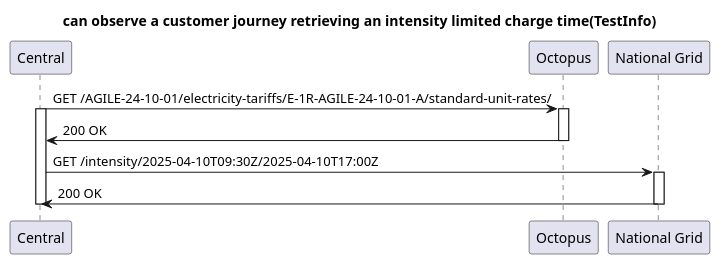
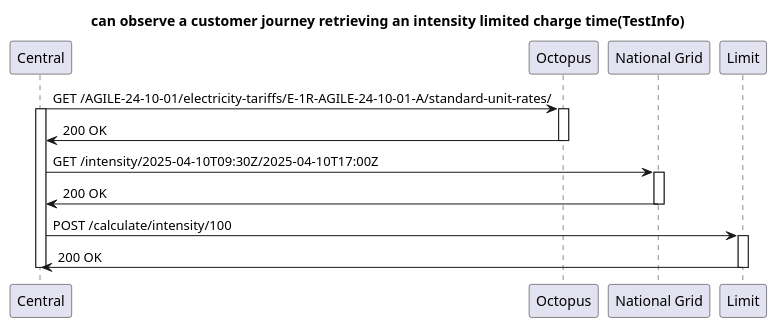
Before and after one commit to JamesWheadon/Carbon-Intensity: the diagram in WebApp/generated/can-observe-a-customer-journey-retrieving-an-intensity-limited-charge-time/sequence.puml, drawn with PlantUML. The commit also changed 2 other files, not shown here.

```diff
--- a/WebApp/generated/can-observe-a-customer-journey-retrieving-an-intensity-limited-charge-time/sequence.puml
+++ b/WebApp/generated/can-observe-a-customer-journey-retrieving-an-intensity-limited-charge-time/sequence.puml
@@ -1,18 +1,25 @@
 @startuml
 title can observe a customer journey retrieving an intensity limited charge time(TestInfo)
 participant "Central"
 participant "Octopus"
 participant "National Grid"
+participant "Limit"
 "Central" -> "Octopus": GET /AGILE-24-10-01/electricity-tariffs/E-1R-AGILE-24-10-01-A/standard-unit-rates/
 activate "Central"
 activate "Octopus"
 "Octopus" -> "Central": 200 OK
 
 deactivate "Octopus"
 "Central" -> "National Grid": GET /intensity/2025-04-10T09:30Z/2025-04-10T17:00Z
 
 activate "National Grid"
 "National Grid" -> "Central": 200 OK
+
+deactivate "National Grid"
+"Central" -> "Limit": POST /calculate/intensity/100
+
+activate "Limit"
+"Limit" -> "Central": 200 OK
 deactivate "Central"
-deactivate "National Grid"
+deactivate "Limit"
 @enduml
```
